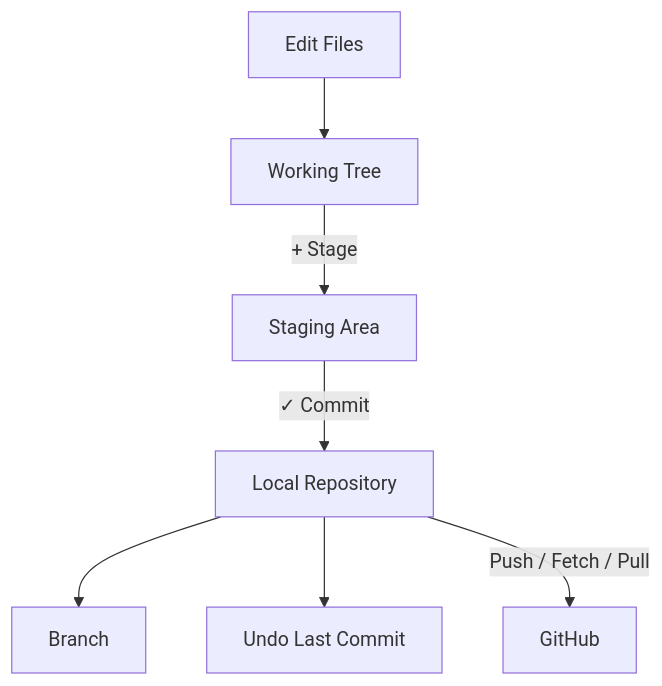
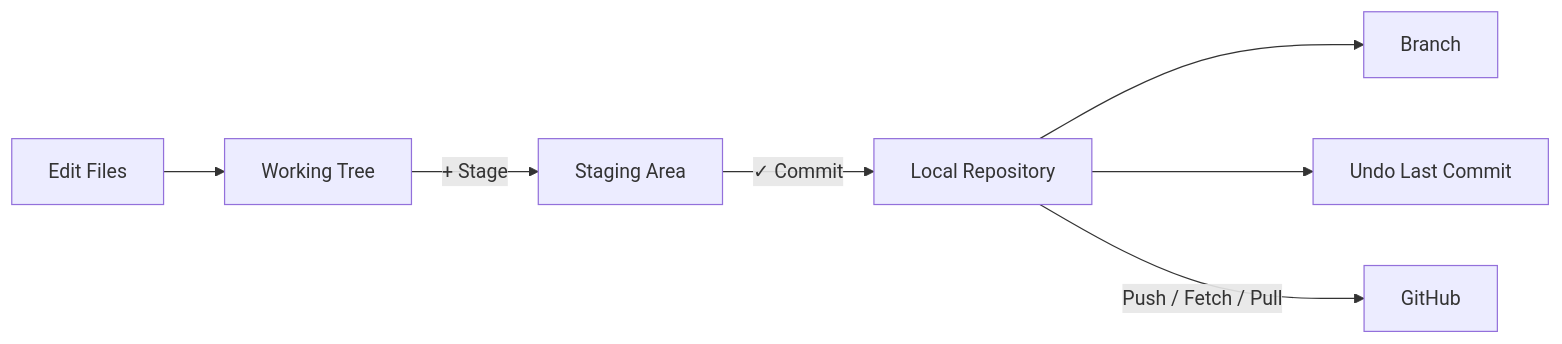
Before and after one commit to Ackii-Lo/2627-weekly-session: diagram 16 of 16 in Contents/S02-20261030-Git/Slides.md, drawn with Mermaid. The commit also changed other lines of this file and 2 other files, not shown here.

````diff
--- a/Contents/S02-20261030-Git/Slides.md
+++ b/Contents/S02-20261030-Git/Slides.md
@@ -695,9 +713,9 @@
 ```mermaid
-flowchart TD
+flowchart LR
   EF["Edit Files"] --> WT["Working Tree"]
   WT -->|"+ Stage"| SA["Staging Area"]
   SA -->|"✓ Commit"| LR["Local Repository"]
   LR --> BR["Branch"]
   LR --> UL["Undo Last Commit"]
   LR -->|"Push / Fetch / Pull"| RR["GitHub"]
 ```
````
